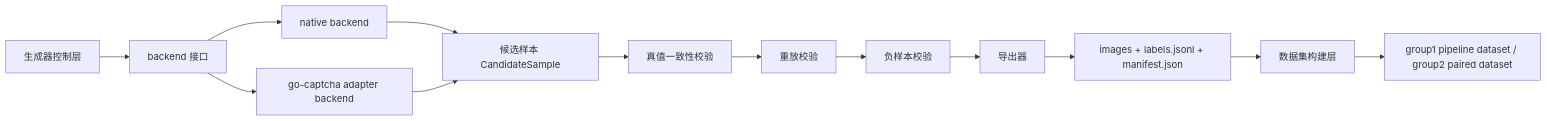
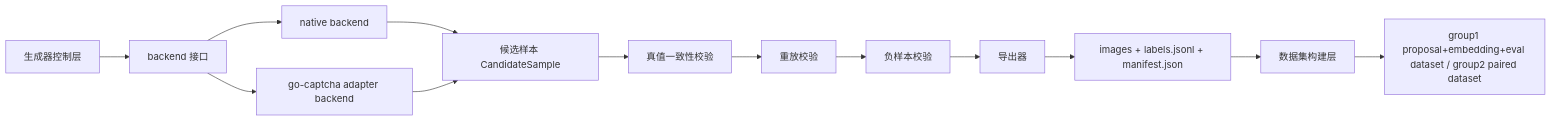
Before and after one commit to uroborus2s/sinan-captcha: the diagram in docs/04-project-development/04-design/graphic-click-generator-design.md, drawn with Mermaid. The commit also changed other lines of this file and 110 other files, not shown here.

````diff
--- a/docs/04-project-development/04-design/graphic-click-generator-design.md
+++ b/docs/04-project-development/04-design/graphic-click-generator-design.md
@@ -101,15 +111,15 @@
 ```mermaid
 flowchart LR
     A["生成器控制层"] --> B["backend 接口"]
     B --> C["native backend"]
     B --> D["go-captcha adapter backend"]
     C --> E["候选样本 CandidateSample"]
     D --> E
     E --> F["真值一致性校验"]
     F --> G["重放校验"]
     G --> H["负样本校验"]
     H --> I["导出器"]
     I --> J["images + labels.jsonl + manifest.json"]
     J --> K["数据集构建层"]
-    K --> L["group1 pipeline dataset / group2 paired dataset"]
+    K --> L["group1 proposal+embedding+eval dataset / group2 paired dataset"]
 ```
````
